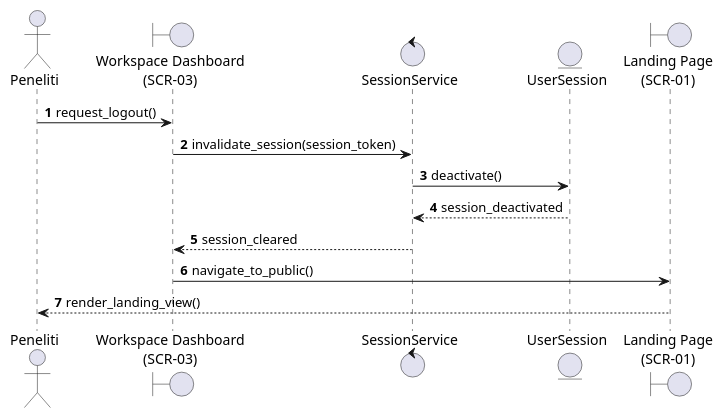
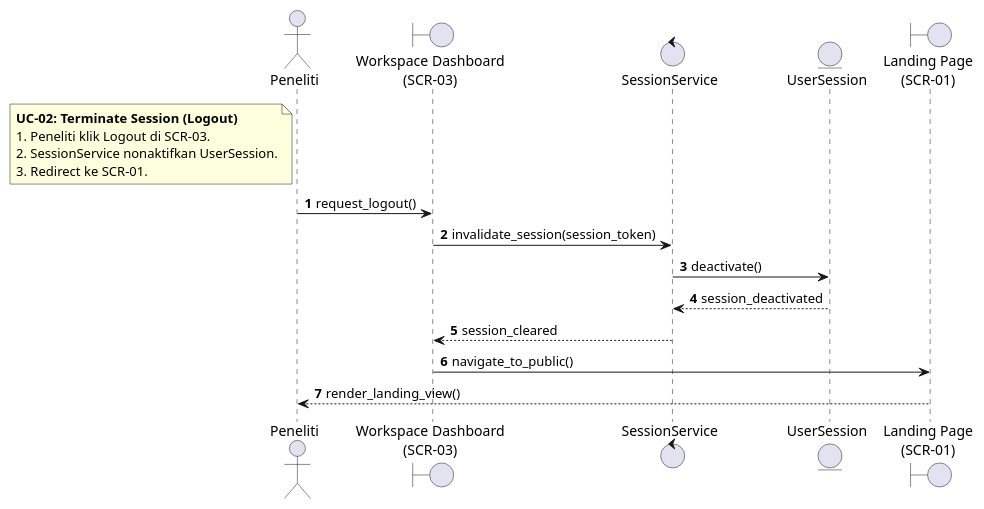
One commit to Gzaa19/Telaah changed the fifth of 6 diagrams in specs/001-google-oauth-login/plan.md. Above: the diagram before and after it, drawn with PlantUML. The commit also changed other lines of this file and 11 other files, not shown here.

Commit message:
docs(iconix): align constitution, preset templates, and specs 001-004 diagrams

````diff
--- a/specs/001-google-oauth-login/plan.md
+++ b/specs/001-google-oauth-login/plan.md
@@ -390,20 +305,29 @@
 ```plantuml
 @startuml
+autoactivate off
 autonumber
+skinparam shadowing false
 skinparam responseMessageBelowArrow true
 
 actor "Peneliti" as Peneliti
 boundary "Workspace Dashboard\n(SCR-03)" as DashboardUI
 control "SessionService" as SessSvc
 entity "UserSession" as Session
 boundary "Landing Page\n(SCR-01)" as LandingUI
+
+note left of Peneliti
+  <b>UC-02: Terminate Session (Logout)</b>
+  1. Peneliti klik Logout di SCR-03.
+  2. SessionService nonaktifkan UserSession.
+  3. Redirect ke SCR-01.
+end note
 
 Peneliti -> DashboardUI : request_logout()
 DashboardUI -> SessSvc : invalidate_session(session_token)
 SessSvc -> Session : deactivate()
 Session --> SessSvc : session_deactivated
 SessSvc --> DashboardUI : session_cleared
 DashboardUI -> LandingUI : navigate_to_public()
 LandingUI --> Peneliti : render_landing_view()
 @enduml
 ```
````
